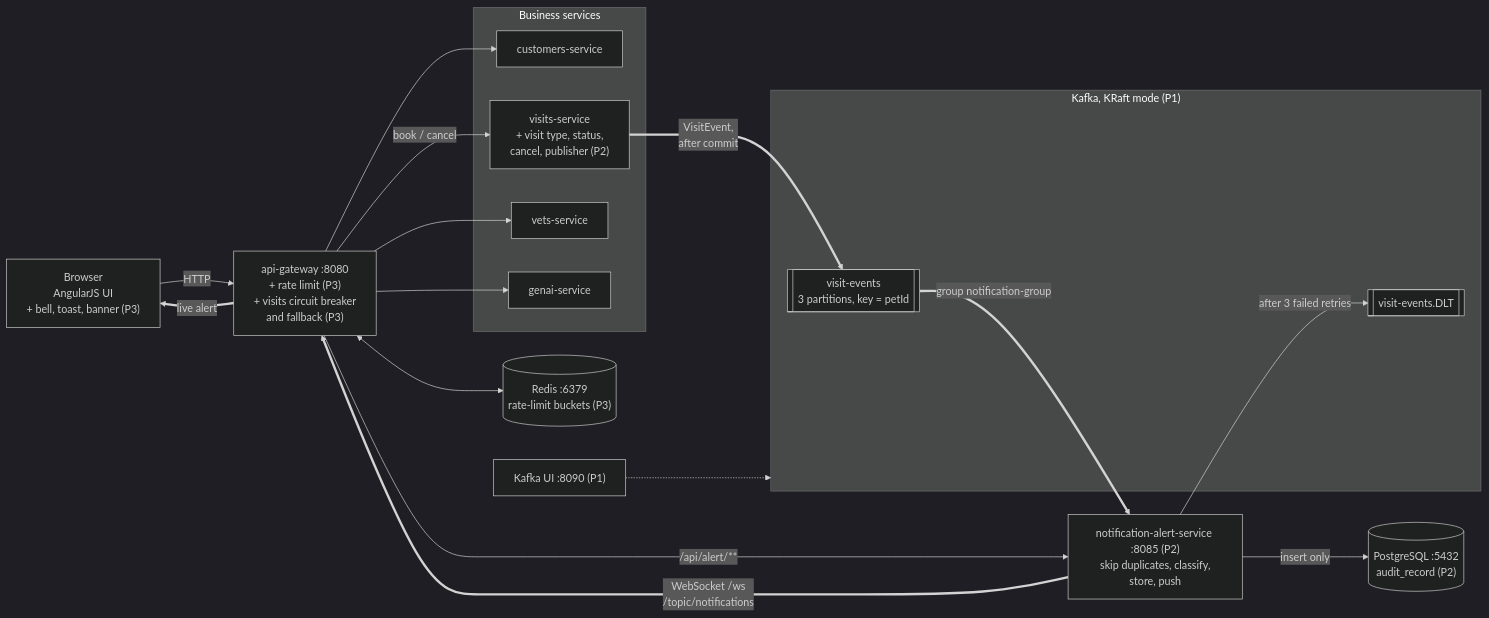
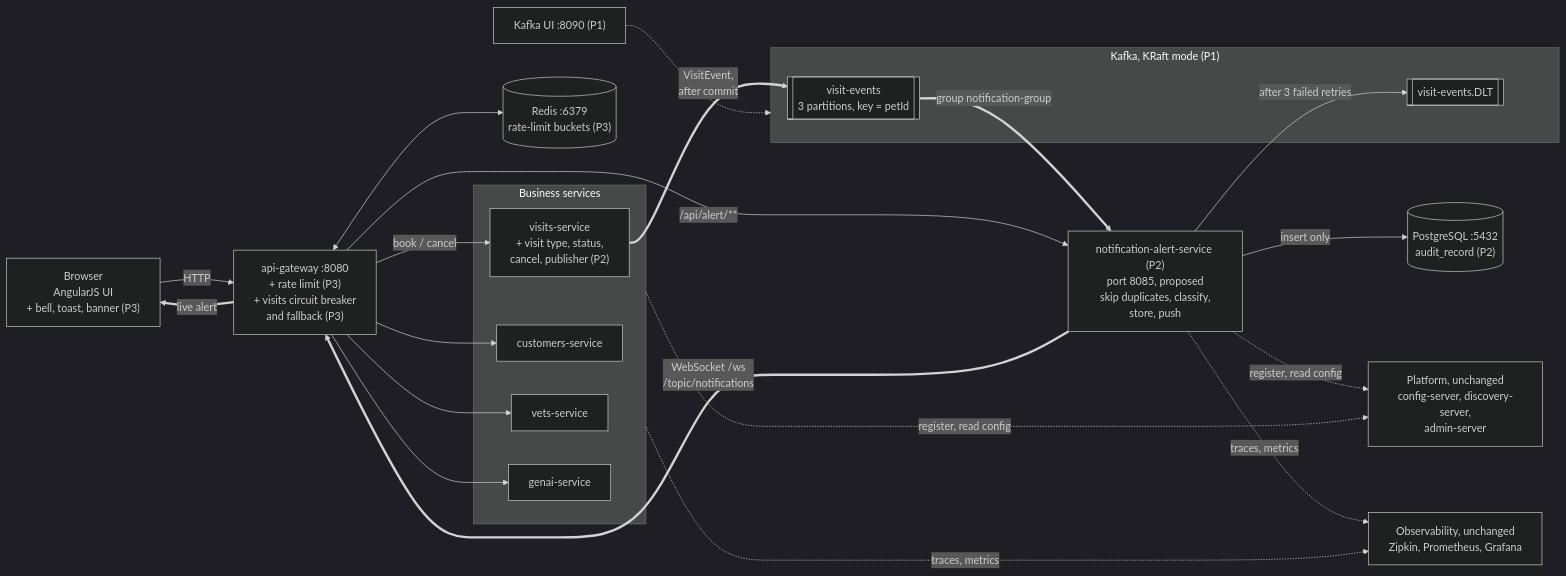
One commit to spring-petclinic/spring-petclinic-microservices changed the second of 3 diagrams in docs/architecture.md. Above: the diagram before and after it, drawn with Mermaid (dark theme). The commit also changed other lines of this file and 5 other files, not shown here.

````diff
--- a/docs/architecture.md
+++ b/docs/architecture.md
@@ -54,40 +54,47 @@
 ```mermaid
 flowchart LR
     browser["Browser<br/>AngularJS UI<br/>+ bell, toast, banner (P3)"]
 
     gateway["api-gateway :8080<br/>+ rate limit (P3)<br/>+ visits circuit breaker<br/>and fallback (P3)"]
     redis[("Redis :6379<br/>rate-limit buckets (P3)")]
 
     subgraph services["Business services"]
         customers["customers-service"]
         visits["visits-service<br/>+ visit type, status,<br/>cancel, publisher (P2)"]
         vets["vets-service"]
         genai["genai-service"]
     end
 
     subgraph kafka["Kafka, KRaft mode (P1)"]
         topic[["visit-events<br/>3 partitions, key = petId"]]
         dlt[["visit-events.DLT"]]
     end
 
-    alert["notification-alert-service :8085 (P2)<br/>skip duplicates, classify,<br/>store, push"]
+    alert["notification-alert-service (P2)<br/>port 8085, proposed<br/>skip duplicates, classify,<br/>store, push"]
     postgres[("PostgreSQL :5432<br/>audit_record (P2)")]
     kafkaui["Kafka UI :8090 (P1)"]
+
+    platform["Platform, unchanged<br/>config-server, discovery-server,<br/>admin-server"]
+    observability["Observability, unchanged<br/>Zipkin, Prometheus, Grafana"]
 
     browser -->|HTTP| gateway
     gateway --> customers
     gateway -->|"book / cancel"| visits
     gateway --> vets
     gateway --> genai
     gateway -->|"/api/alert/**"| alert
     gateway <--> redis
 
     visits ==>|"VisitEvent,<br/>after commit"| topic
     topic ==>|"group notification-group"| alert
     alert -->|"after 3 failed retries"| dlt
     alert -->|insert only| postgres
     alert ==>|"WebSocket /ws<br/>/topic/notifications"| gateway
     gateway ==>|live alert| browser
 
     kafkaui -.-> kafka
+    services -.->|register, read config| platform
+    alert -.->|register, read config| platform
+    services -.->|traces, metrics| observability
+    alert -.->|traces, metrics| observability
 ```
````
